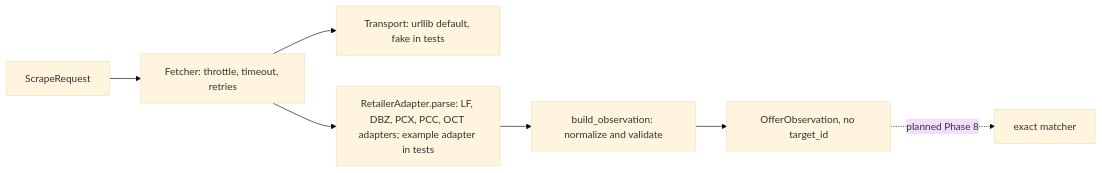
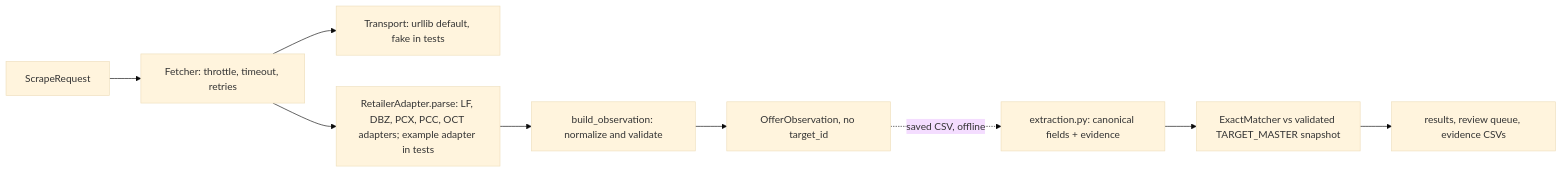
The second of 2 diagrams in docs/ARCHITECTURE.md (jarlericaa/laptop-price-tracker), drawn with Mermaid (base theme) before and after one commit. The commit also changed other lines of this file and 22 other files, not shown here.

Commit message:
feat(matching): implement offline Phase 8 flow

````diff
--- a/docs/ARCHITECTURE.md
+++ b/docs/ARCHITECTURE.md
@@ -163,9 +172,11 @@
 ```mermaid
 flowchart LR
     RQ[ScrapeRequest] --> FE[Fetcher: throttle, timeout, retries]
     FE --> TR[Transport: urllib default, fake in tests]
     FE --> AD[RetailerAdapter.parse: LF, DBZ, PCX, PCC, OCT adapters; example adapter in tests]
     AD --> BO[build_observation: normalize and validate]
     BO --> OB[OfferObservation, no target_id]
-    OB -. planned Phase 8 .-> MX[exact matcher]
+    OB -. saved CSV, offline .-> EX[extraction.py: canonical fields + evidence]
+    EX --> MX[ExactMatcher vs validated TARGET_MASTER snapshot]
+    MX --> MR[results, review queue, evidence CSVs]
 ```
````
